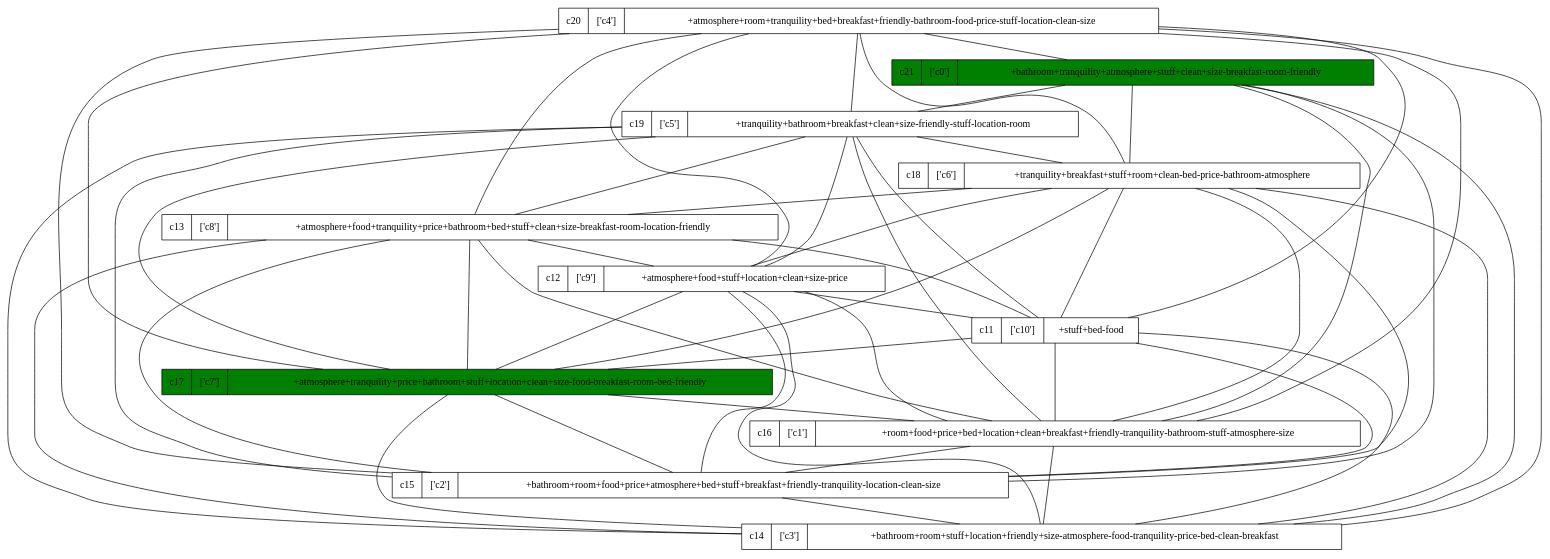
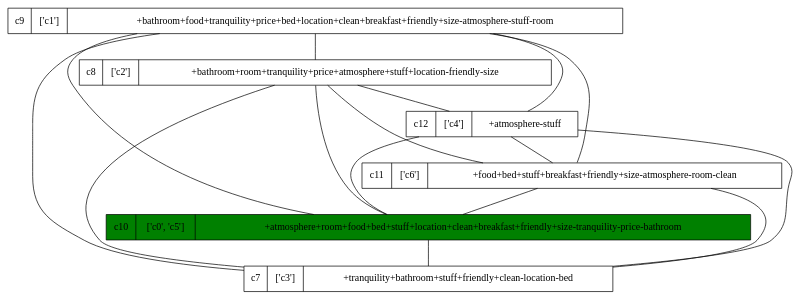
Before and after one commit to nicorotstein/juan_alberto: the diagram in compressed_graph.dot, drawn with Graphviz. The commit also changed 9 other files, not shown here.

```diff
--- a/compressed_graph.dot
+++ b/compressed_graph.dot
@@ -1,64 +1,23 @@
 strict digraph G {
-c20 [shape=record, label="c20 | ['c4'] | +atmosphere+room+tranquility+bed+breakfast+friendly-bathroom-food-price-stuff-location-clean-size"];
-c21 [shape=record, label="c21 | ['c0'] | +bathroom+tranquility+atmosphere+stuff+clean+size-breakfast-room-friendly", style=filled, fillcolor=green];
-c19 [shape=record, label="c19 | ['c5'] | +tranquility+bathroom+breakfast+clean+size-friendly-stuff-location-room"];
-c18 [shape=record, label="c18 | ['c6'] | +tranquility+breakfast+stuff+room+clean-bed-price-bathroom-atmosphere"];
-c13 [shape=record, label="c13 | ['c8'] | +atmosphere+food+tranquility+price+bathroom+bed+stuff+clean+size-breakfast-room-location-friendly"];
-c12 [shape=record, label="c12 | ['c9'] | +atmosphere+food+stuff+location+clean+size-price"];
-c11 [shape=record, label="c11 | ['c10'] | +stuff+bed-food"];
-c17 [shape=record, label="c17 | ['c7'] | +atmosphere+tranquility+price+bathroom+stuff+location+clean+size-food-breakfast-room-bed-friendly", style=filled, fillcolor=green];
-c16 [shape=record, label="c16 | ['c1'] | +room+food+price+bed+location+clean+breakfast+friendly-tranquility-bathroom-stuff-atmosphere-size"];
-c15 [shape=record, label="c15 | ['c2'] | +bathroom+room+food+price+atmosphere+bed+stuff+breakfast+friendly-tranquility-location-clean-size"];
-c14 [shape=record, label="c14 | ['c3'] | +bathroom+room+stuff+location+friendly+size-atmosphere-food-tranquility-price-bed-clean-breakfast"];
-c20 -> c21  [dir=none];
-c20 -> c19  [dir=none];
-c20 -> c18  [dir=none];
-c20 -> c13  [dir=none];
-c20 -> c12  [dir=none];
-c20 -> c11  [dir=none];
-c20 -> c17  [dir=none];
-c20 -> c16  [dir=none];
-c20 -> c15  [dir=none];
-c20 -> c14  [dir=none];
-c21 -> c19  [dir=none];
-c21 -> c18  [dir=none];
-c21 -> c16  [dir=none];
-c21 -> c15  [dir=none];
-c21 -> c14  [dir=none];
-c19 -> c18  [dir=none];
-c19 -> c13  [dir=none];
-c19 -> c12  [dir=none];
-c19 -> c11  [dir=none];
-c19 -> c17  [dir=none];
-c19 -> c16  [dir=none];
-c19 -> c15  [dir=none];
-c19 -> c14  [dir=none];
-c18 -> c13  [dir=none];
-c18 -> c12  [dir=none];
-c18 -> c11  [dir=none];
-c18 -> c17  [dir=none];
-c18 -> c16  [dir=none];
-c18 -> c15  [dir=none];
-c18 -> c14  [dir=none];
-c13 -> c12  [dir=none];
-c13 -> c11  [dir=none];
-c13 -> c17  [dir=none];
-c13 -> c16  [dir=none];
-c13 -> c15  [dir=none];
-c13 -> c14  [dir=none];
+c9 [shape=record, label="c9 | ['c1'] | +bathroom+food+tranquility+price+bed+location+clean+breakfast+friendly+size-atmosphere-stuff-room"];
+c8 [shape=record, label="c8 | ['c2'] | +bathroom+room+tranquility+price+atmosphere+stuff+location-friendly-size"];
+c12 [shape=record, label="c12 | ['c4'] | +atmosphere-stuff"];
+c11 [shape=record, label="c11 | ['c6'] | +food+bed+stuff+breakfast+friendly+size-atmosphere-room-clean"];
+c10 [shape=record, label="c10 | ['c0', 'c5'] | +atmosphere+room+food+bed+stuff+location+clean+breakfast+friendly+size-tranquility-price-bathroom", style=filled, fillcolor=green];
+c7 [shape=record, label="c7 | ['c3'] | +tranquility+bathroom+stuff+friendly+clean-location-bed"];
+c9 -> c12  [dir=none];
+c9 -> c11  [dir=none];
+c9 -> c8  [dir=none];
+c9 -> c7  [dir=none];
+c9 -> c10  [dir=none];
+c8 -> c12  [dir=none];
+c8 -> c11  [dir=none];
+c8 -> c10  [dir=none];
+c8 -> c7  [dir=none];
 c12 -> c11  [dir=none];
-c12 -> c17  [dir=none];
-c12 -> c16  [dir=none];
-c12 -> c15  [dir=none];
-c12 -> c14  [dir=none];
-c11 -> c17  [dir=none];
-c11 -> c16  [dir=none];
-c11 -> c15  [dir=none];
-c11 -> c14  [dir=none];
-c17 -> c16  [dir=none];
-c17 -> c15  [dir=none];
-c17 -> c14  [dir=none];
-c16 -> c15  [dir=none];
-c16 -> c14  [dir=none];
-c15 -> c14  [dir=none];
+c12 -> c10  [dir=none];
+c12 -> c7  [dir=none];
+c11 -> c10  [dir=none];
+c11 -> c7  [dir=none];
+c10 -> c7  [dir=none];
 }
```
